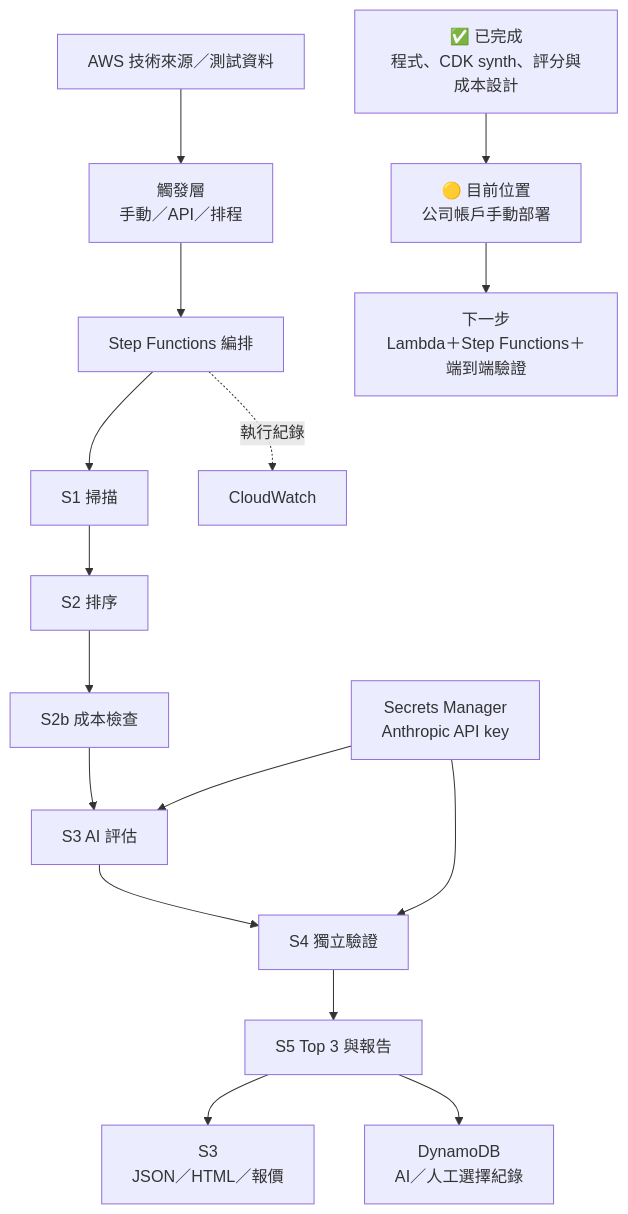
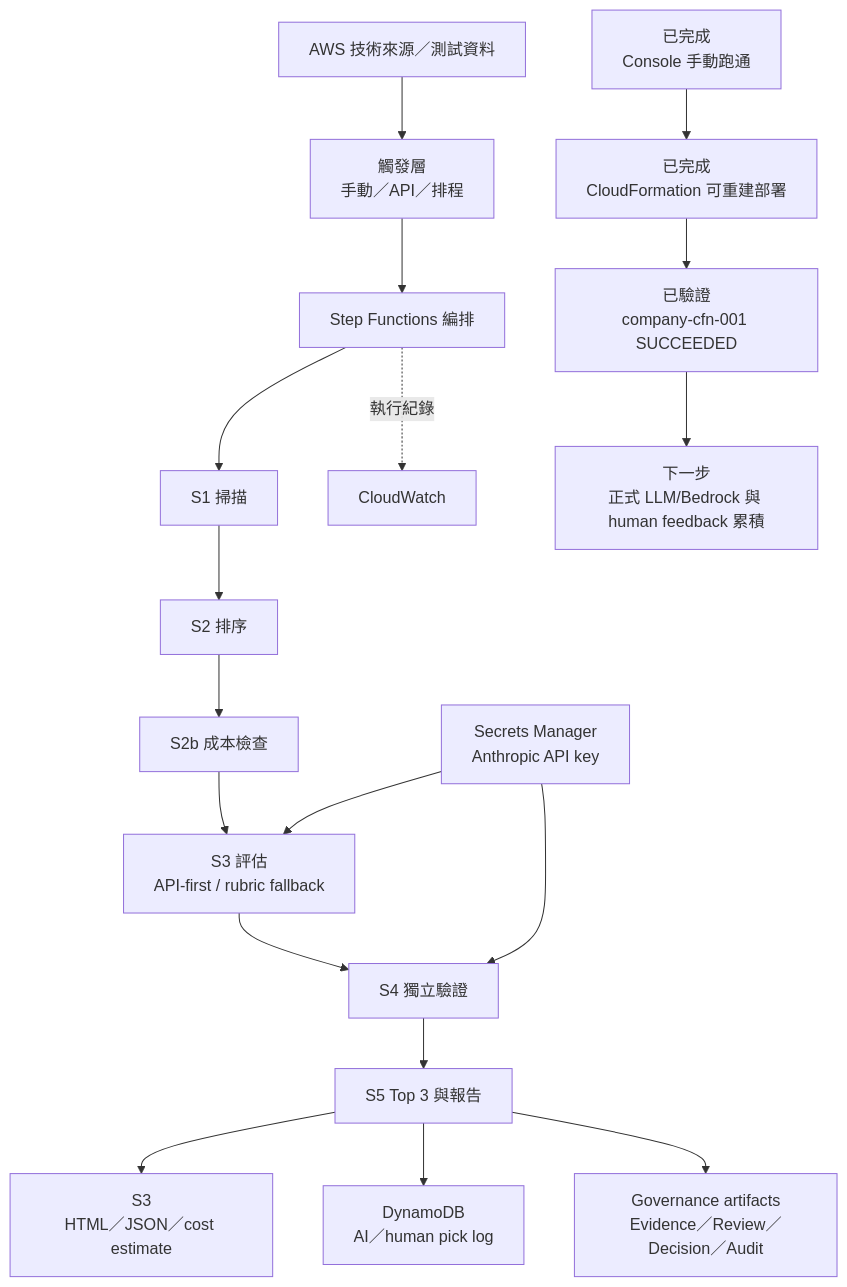
Before and after one commit to gt52bts-dotcom/internship-tech-radar: the first of 2 diagrams in final-proposal/簡報架構與執行軌跡.md, drawn with Mermaid. The commit also changed other lines of this file and 4 other files, not shown here.

````diff
--- a/final-proposal/簡報架構與執行軌跡.md
+++ b/final-proposal/簡報架構與執行軌跡.md
@@ -25,15 +25,17 @@
 ```mermaid
 flowchart TD
     A["AWS 技術來源／測試資料"] --> B["觸發層<br/>手動／API／排程"]
     B --> C["Step Functions 編排"]
     C --> D["S1 掃描"] --> E["S2 排序"] --> F["S2b 成本檢查"]
-    F --> G["S3 AI 評估"] --> H["S4 獨立驗證"] --> I["S5 Top 3 與報告"]
+    F --> G["S3 評估<br/>API-first / rubric fallback"] --> H["S4 獨立驗證"] --> I["S5 Top 3 與報告"]
     J["Secrets Manager<br/>Anthropic API key"] --> G
     J --> H
-    I --> K["S3<br/>JSON／HTML／報價"]
-    I --> L["DynamoDB<br/>AI／人工選擇紀錄"]
+    I --> K["S3<br/>HTML／JSON／cost estimate"]
+    I --> L["DynamoDB<br/>AI／human pick log"]
+    I --> Q["Governance artifacts<br/>Evidence／Review／Decision／Audit"]
     C -. "執行紀錄" .-> M["CloudWatch"]
 
-    N["✅ 已完成<br/>程式、CDK synth、評分與成本設計"] --> O["🟡 目前位置<br/>公司帳戶手動部署"]
-    O --> P["下一步<br/>Lambda＋Step Functions＋端到端驗證"]
+    N["已完成<br/>Console 手動跑通"] --> O["已完成<br/>CloudFormation 可重建部署"]
+    O --> P["已驗證<br/>company-cfn-001 SUCCEEDED"]
+    P --> R["下一步<br/>正式 LLM/Bedrock 與 human feedback 累積"]
 ```
````
